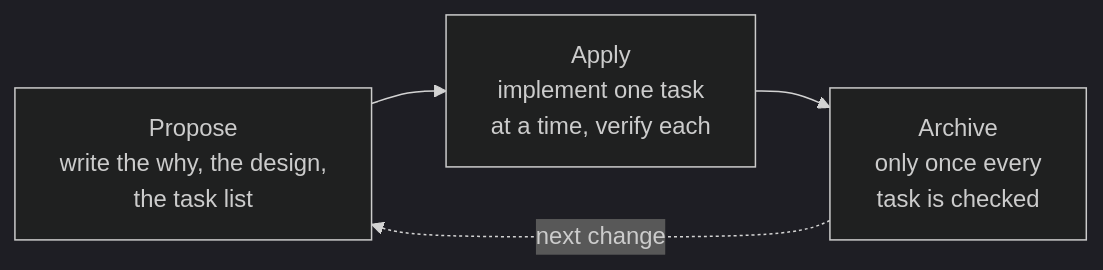
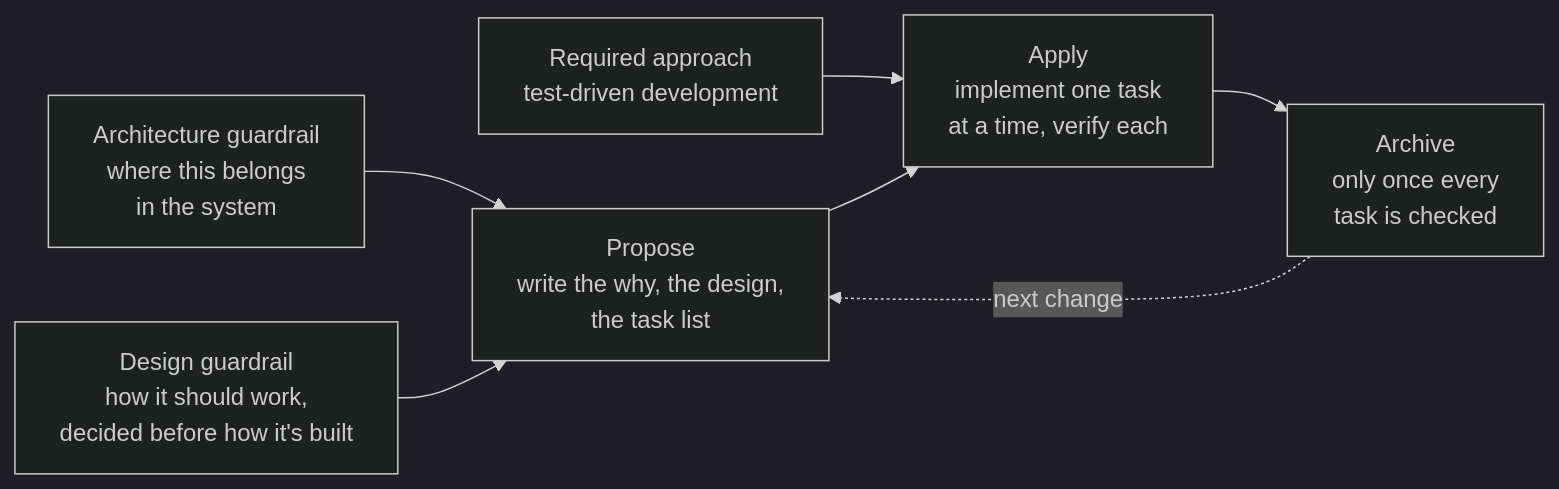
Before and after one commit to bhoopathyvm-cloud/smaraAccount: the first of 3 diagrams in pages/blog/00-from-a-weekend-idea-to-a-shipping-product.md, drawn with Mermaid (dark theme). The commit also changed other lines of this file, not shown here.

Commit message:
Show architecture/design/TDD guardrails feeding the propose-apply loop
The first diagram only showed the bare propose/apply/archive shell,
not the guardrails the paragraph right above it actually names.
Added architecture and design as inputs to Propose, and the required
development approach (TDD) as an input to Apply, with a note that
the fourth guardrail (UI-driven acceptance testing) gets its own
diagram later, where the testing stack is introduced.

Claude-Session: https://claude.ai/code/session_01T3xTJJGkd5frRoymrdNAwJ

````diff
--- a/pages/blog/00-from-a-weekend-idea-to-a-shipping-product.md
+++ b/pages/blog/00-from-a-weekend-idea-to-a-shipping-product.md
@@ -90,6 +92,15 @@
 ```mermaid
 flowchart LR
-    A["Propose<br/>write the why, the design,<br/>the task list"] --> B["Apply<br/>implement one task<br/>at a time, verify each"]
-    B --> C["Archive<br/>only once every<br/>task is checked"]
+    AR["Architecture guardrail<br/>where this belongs<br/>in the system"]
+    DS["Design guardrail<br/>how it should work,<br/>decided before how it's built"]
+    TD["Required approach<br/>test-driven development"]
+    A["Propose<br/>write the why, the design,<br/>the task list"]
+    B["Apply<br/>implement one task<br/>at a time, verify each"]
+    C["Archive<br/>only once every<br/>task is checked"]
+    AR --> A
+    DS --> A
+    A --> B
+    TD --> B
+    B --> C
     C -.->|next change| A
 ```
````
